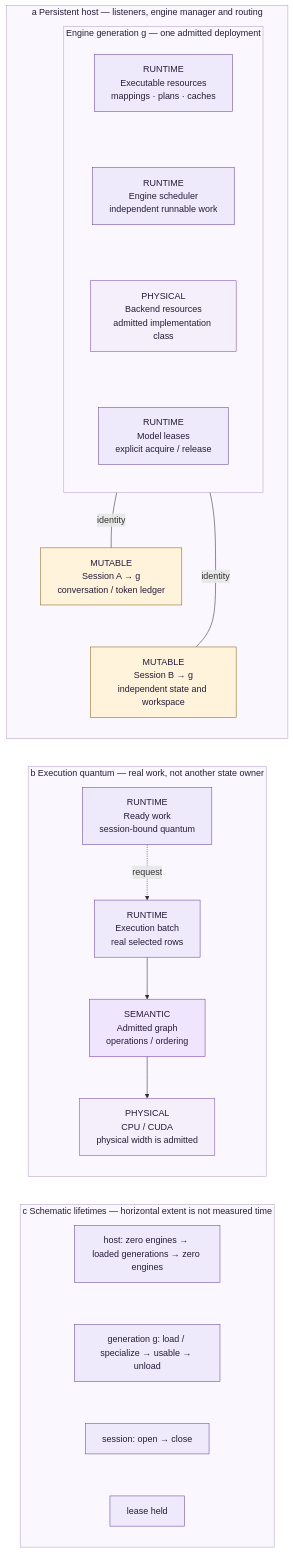
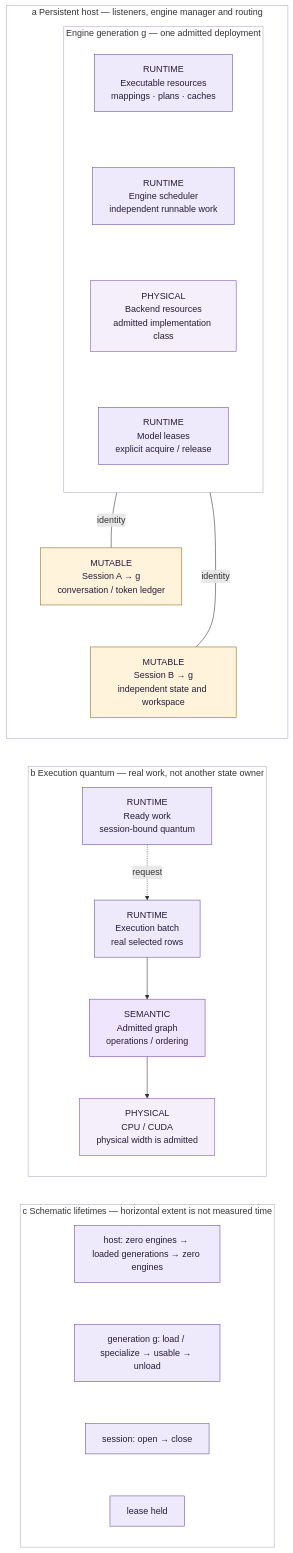
Before and after one commit to yailabs/yvex: the diagram in docs/architecture/runtime-lifecycle.md, drawn with Mermaid. The commit also changed 18 other files, not shown here.

Commit message:
fix(docs): remove opaque diagram group backgrounds

````diff
--- a/docs/architecture/runtime-lifecycle.md
+++ b/docs/architecture/runtime-lifecycle.md
@@ -24,51 +24,51 @@
 ```mermaid
 %% yvex-figure: runtime_lifetimes
 %%{init: {"themeVariables": {"background": "transparent"}}}%%
 flowchart TB
   subgraph n_panel_0["a  Persistent host — listeners, engine manager and routing"]
     direction TB
   n_session_a["MUTABLE<br/>Session A → g<br/>conversation / token ledger"]:::mutable
   n_session_b["MUTABLE<br/>Session B → g<br/>independent state and workspace"]:::mutable
   subgraph n_panel_1["Engine generation g — one admitted deployment"]
     direction TB
   n_resources["RUNTIME<br/>Executable resources<br/>mappings · plans · caches"]:::runtime
   n_scheduler["RUNTIME<br/>Engine scheduler<br/>independent runnable work"]:::runtime
   n_backend["PHYSICAL<br/>Backend resources<br/>admitted implementation class"]:::physical
   n_leases["RUNTIME<br/>Model leases<br/>explicit acquire / release"]:::runtime
   n_resources ~~~ n_scheduler ~~~ n_backend ~~~ n_leases
   end
   n_session_a ~~~ n_session_b
   end
   subgraph n_panel_2["b  Execution quantum — real work, not another state owner"]
     direction TB
   n_ready_work["RUNTIME<br/>Ready work<br/>session-bound quantum"]:::runtime
   n_batch["RUNTIME<br/>Execution batch<br/>real selected rows"]:::runtime
   n_graph["SEMANTIC<br/>Admitted graph<br/>operations / ordering"]:::semantic
   n_execute["PHYSICAL<br/>CPU / CUDA<br/>physical width is admitted"]:::physical
   end
   subgraph n_panel_3["c  Schematic lifetimes — horizontal extent is not measured time"]
     direction TB
   band_0["host: zero engines → loaded generations → zero engines"]:::runtime
   band_1["generation g: load / specialize → usable → unload"]:::runtime
   band_2["session: open → close"]:::runtime
   band_3["lease held"]:::runtime
   band_0 ~~~ band_1 ~~~ band_2 ~~~ band_3
   end
   n_panel_1 ---|identity| n_session_a
   n_panel_1 ---|identity| n_session_b
   n_ready_work -. request .-> n_batch
   n_batch --> n_graph
   n_graph --> n_execute
   n_panel_0 ~~~ n_panel_2 ~~~ n_panel_3
   classDef semantic fill:#efe5fc,stroke:#7541ba,color:#261b38
   classDef physical fill:#f4effb,stroke:#8054b2,color:#261b38
   classDef runtime fill:#eeeafb,stroke:#6a4ca3,color:#261b38
   classDef mutable fill:#fff3db,stroke:#8e6920,color:#261b38
   classDef interface fill:#edf3fb,stroke:#456789,color:#261b38
   classDef external fill:#f2f2f4,stroke:#707078,color:#261b38
   classDef evidence fill:#eaf5ef,stroke:#3d7255,color:#261b38
-  style n_panel_0 fill:#faf8fe,stroke:#b8a5d0,color:#261b38
-  style n_panel_1 fill:#faf8fe,stroke:#b8a5d0,color:#261b38
-  style n_panel_2 fill:#faf8fe,stroke:#b8a5d0,color:#261b38
-  style n_panel_3 fill:#faf8fe,stroke:#b8a5d0,color:#261b38
+  style n_panel_0 fill:transparent,stroke:#b8a5d0
+  style n_panel_1 fill:transparent,stroke:#b8a5d0
+  style n_panel_2 fill:transparent,stroke:#b8a5d0
+  style n_panel_3 fill:transparent,stroke:#b8a5d0
 ```
````
